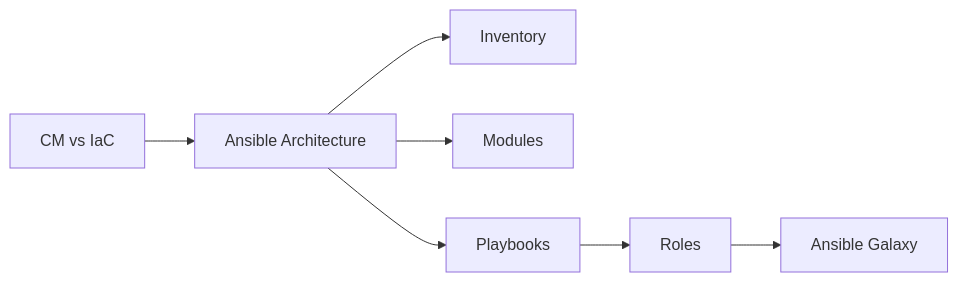
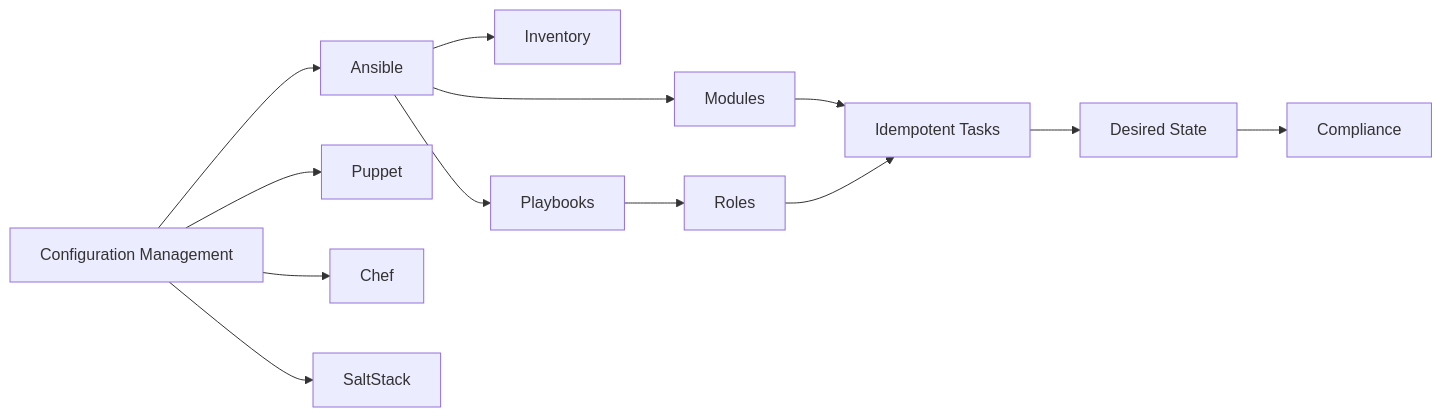
The first of 2 diagrams in docs/courses/devops/08-configuration-management.md (Raushan666java/ai-engineering-journey), drawn with Mermaid before and after one commit. The commit also changed other lines of this file and 62 other files, not shown here.

````diff
--- a/docs/courses/devops/08-configuration-management.md
+++ b/docs/courses/devops/08-configuration-management.md
@@ -31,9 +34,15 @@
 ```mermaid
 flowchart LR
-    A[CM vs IaC] --> B[Ansible Architecture]
-    B --> C[Inventory]
-    B --> D[Modules]
-    B --> E[Playbooks]
-    E --> F[Roles]
-    F --> G[Ansible Galaxy]
+    A[Configuration Management] --> B[Ansible]
+    A --> C[Puppet]
+    A --> D[Chef]
+    A --> E[SaltStack]
+    B --> F[Inventory]
+    B --> G[Playbooks]
+    B --> H[Modules]
+    G --> I[Roles]
+    H --> J[Idempotent Tasks]
+    I --> J
+    J --> K[Desired State]
+    K --> L[Compliance]
 ```
````
